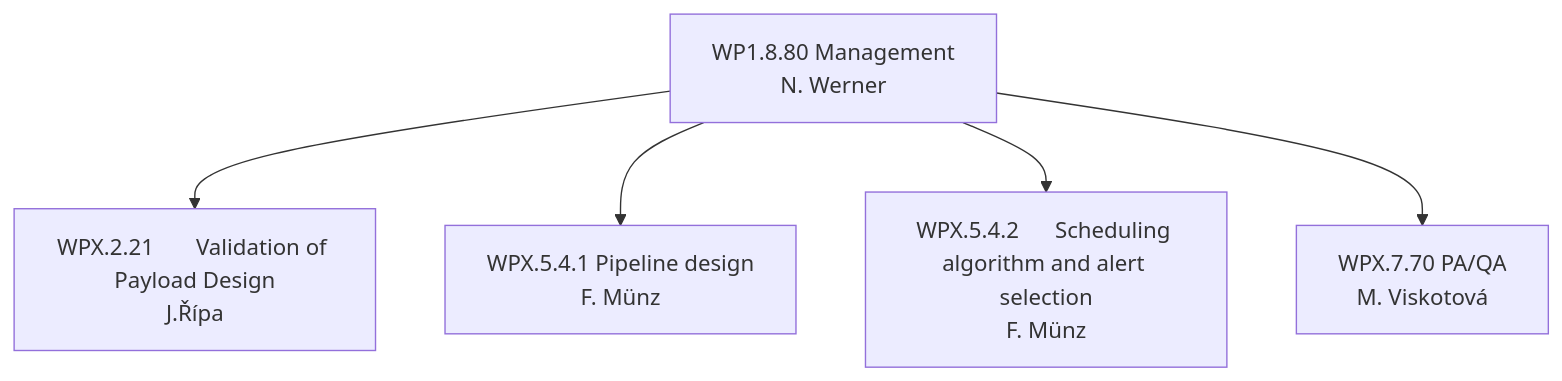
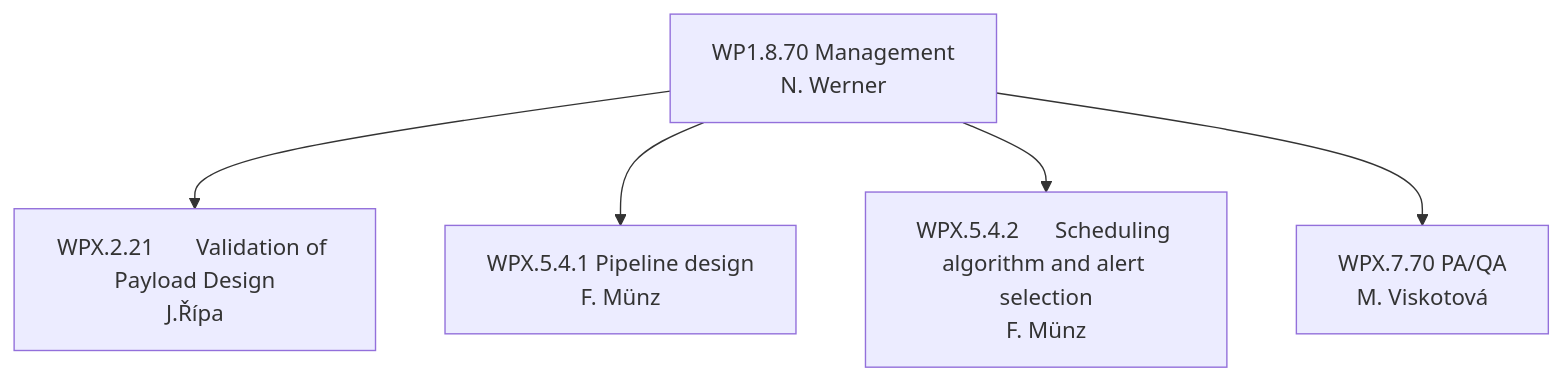
Before and after one commit to limu007/quvik: the first of 2 diagrams in calib/Workflow.md, drawn with Mermaid. The commit also changed other lines of this file, not shown here.

Commit message:
Update workflow management versions in Workflow.md

````diff
--- a/calib/Workflow.md
+++ b/calib/Workflow.md
@@ -4,13 +4,13 @@
 ```mermaid
 flowchart TD
-a[WP1.8.80 Management
+a[WP1.8.70 Management
 N. Werner] --> b[WPX.2.21	Validation of Payload Design
 J.Řípa]
 a --> c[WPX.5.4.1 	Pipeline design
 F. Münz]
 a --> d[WPX.5.4.2	Scheduling algorithm and alert selection
 F. Münz]
 a-->e[WPX.7.70	PA/QA
 M. Viskotová]
 
 ```
````
